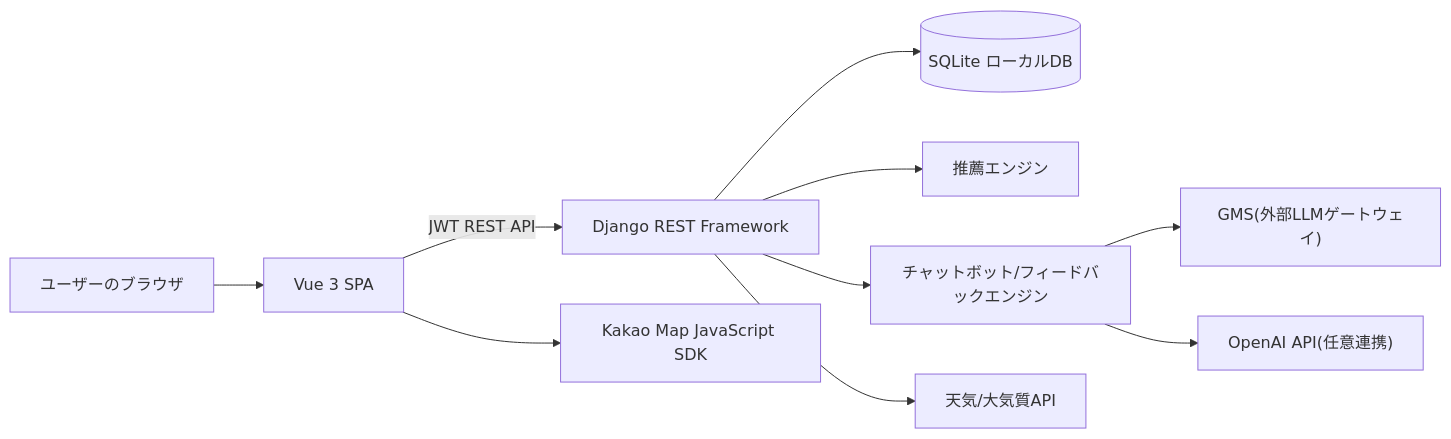
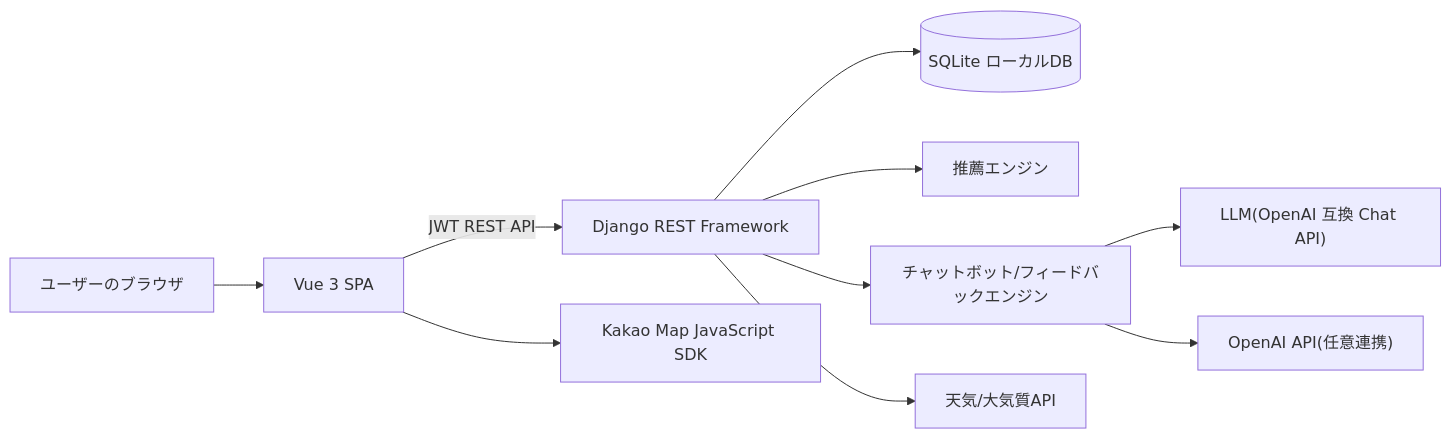
One commit to rbghddl199/RunQuest-JP changed the diagram in docs/ARCHITECTURE.md. Above: the diagram before and after it, drawn with Mermaid. The commit also changed other lines of this file and 24 other files, not shown here.

````diff
--- a/docs/ARCHITECTURE.md
+++ b/docs/ARCHITECTURE.md
@@ -7,12 +7,12 @@
 ```mermaid
 flowchart LR
     U["ユーザーのブラウザ"] --> V["Vue 3 SPA"]
     V -->|JWT REST API| API["Django REST Framework"]
     API --> DB[("SQLite ローカルDB")]
     API --> REC["推薦エンジン"]
     API --> CHAT["チャットボット/フィードバックエンジン"]
-    CHAT --> GMS["GMS(外部LLMゲートウェイ)"]
+    CHAT --> LLM["LLM(OpenAI 互換 Chat API)"]
     CHAT --> OAI["OpenAI API(任意連携)"]
     V --> MAP["Kakao Map JavaScript SDK"]
     API --> WEATHER["天気/大気質API"]
 ```
````
